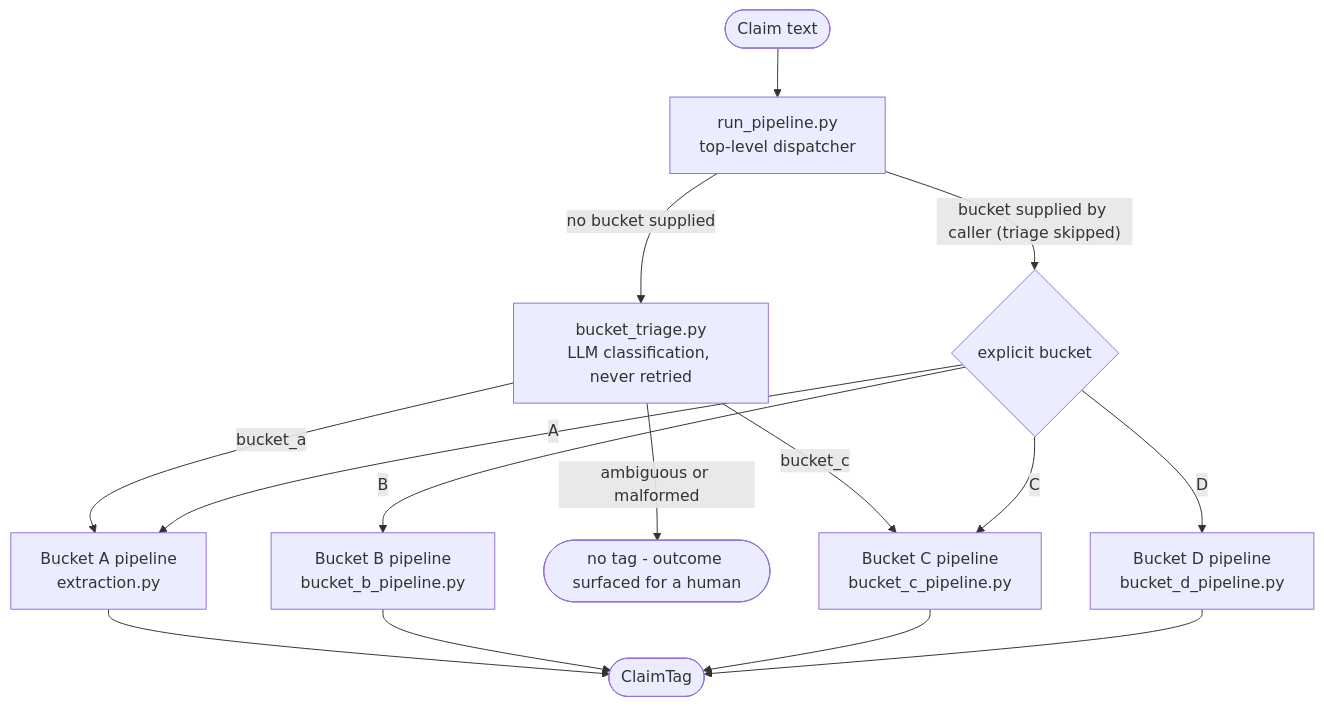
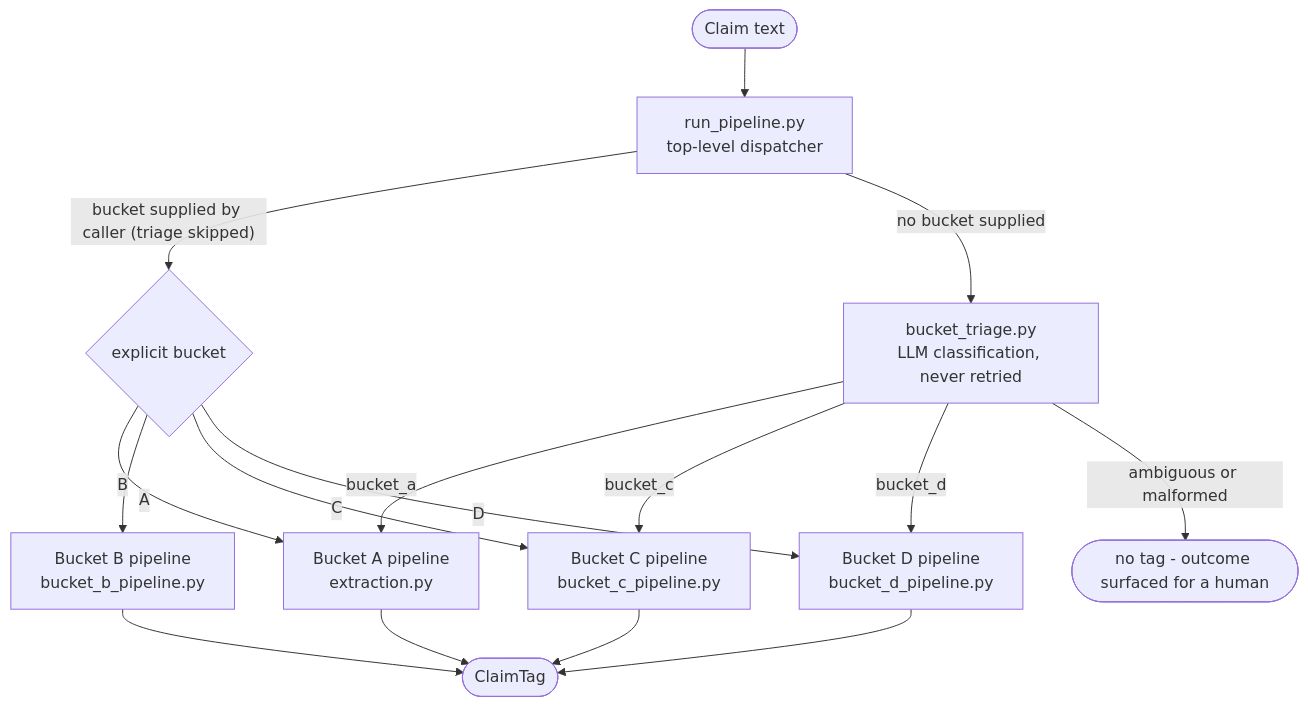
One commit to matt-huang1/claim-verification-pipeline changed the first of 2 diagrams in ARCHITECTURE.md. Above: the diagram before and after it, drawn with Mermaid. The commit also changed other lines of this file and 4 other files, not shown here.

````diff
--- a/ARCHITECTURE.md
+++ b/ARCHITECTURE.md
@@ -26,17 +26,18 @@
 ```mermaid
 flowchart TD
     claim(["Claim text"]) --> rp["run_pipeline.py<br/>top-level dispatcher"]
     rp -->|"bucket supplied by caller (triage skipped)"| explicit{"explicit bucket"}
     rp -->|"no bucket supplied"| triage["bucket_triage.py<br/>LLM classification, never retried"]
     triage -->|"bucket_a"| a
     triage -->|"bucket_c"| c
+    triage -->|"bucket_d"| d
     triage -->|"ambiguous or malformed"| none(["no tag - outcome surfaced for a human"])
     explicit -->|"A"| a["Bucket A pipeline<br/>extraction.py"]
     explicit -->|"B"| b["Bucket B pipeline<br/>bucket_b_pipeline.py"]
     explicit -->|"C"| c["Bucket C pipeline<br/>bucket_c_pipeline.py"]
     explicit -->|"D"| d["Bucket D pipeline<br/>bucket_d_pipeline.py"]
     a --> tag(["ClaimTag"])
     b --> tag
     c --> tag
     d --> tag
 ```
````
